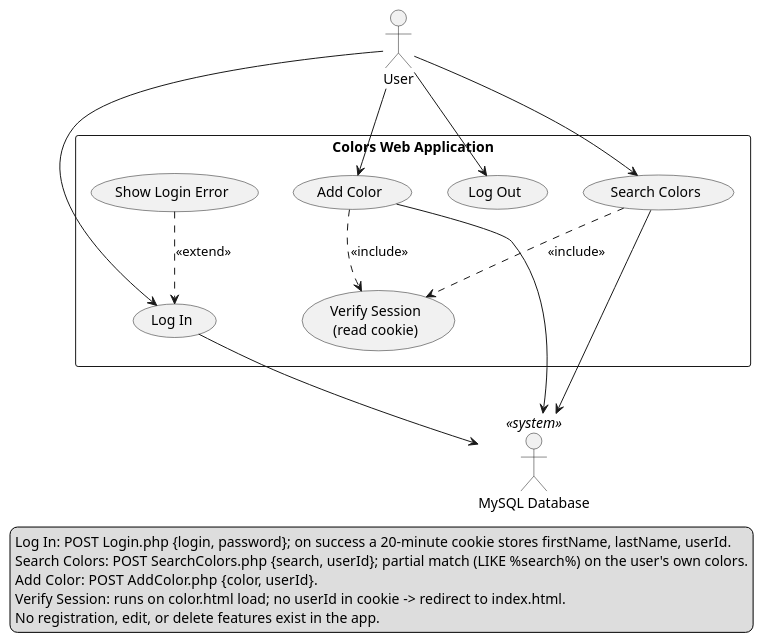
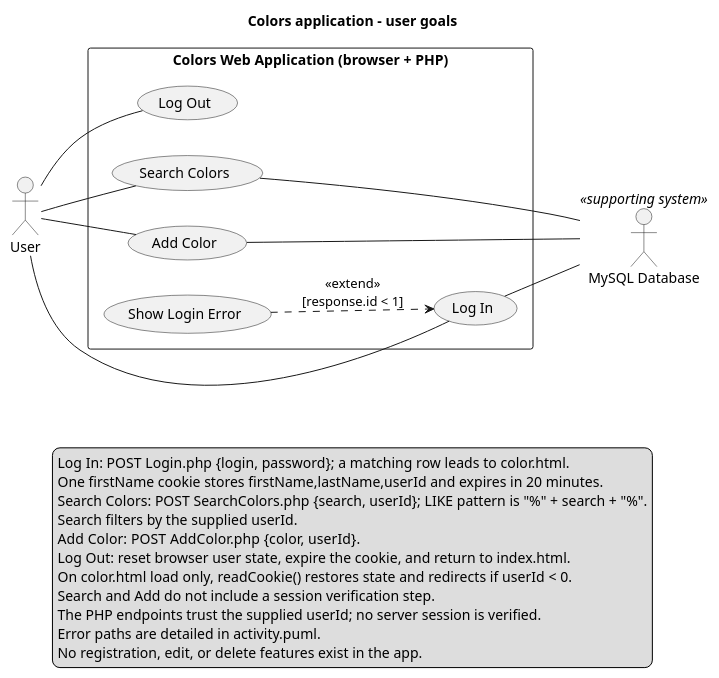
The diagram in docs/uml/usecase.puml (jbear05/colors-lab), drawn with PlantUML before and after one commit. The commit also changed 5 other files, not shown here.

First line of the commit message:
Refine UML diagrams to match implemented behavior

```diff
--- a/docs/uml/usecase.puml
+++ b/docs/uml/usecase.puml
@@ -1,37 +1,42 @@
 @startuml usecase
 ' Use Case Diagram - Colors web application (Labs 1-3)
 skinparam packageStyle rectangle
+title Colors application - user goals
+left to right direction
 
 actor User
-actor "MySQL Database" as DB <<system>>
+actor "MySQL Database" as DB <<supporting system>>
 
-rectangle "Colors Web Application" {
+rectangle "Colors Web Application (browser + PHP)" {
   usecase "Log In" as UC_Login
   usecase "Search Colors" as UC_Search
   usecase "Add Color" as UC_Add
   usecase "Log Out" as UC_Logout
-  usecase "Verify Session\n(read cookie)" as UC_Session
   usecase "Show Login Error" as UC_LoginErr
 }
 
-User --> UC_Login
-User --> UC_Search
-User --> UC_Add
-User --> UC_Logout
+User -- UC_Login
+User -- UC_Search
+User -- UC_Add
+User -- UC_Logout
 
-UC_Search ..> UC_Session : <<include>>
-UC_Add ..> UC_Session : <<include>>
-UC_LoginErr ..> UC_Login : <<extend>>
+UC_LoginErr ..> UC_Login : <<extend>>\n[response.id < 1]
 
-UC_Login --> DB
-UC_Search --> DB
-UC_Add --> DB
+UC_Login -- DB
+UC_Search -- DB
+UC_Add -- DB
 
 legend bottom
-  Log In: POST Login.php {login, password}; on success a 20-minute cookie stores firstName, lastName, userId.
-  Search Colors: POST SearchColors.php {search, userId}; partial match (LIKE %search%) on the user's own colors.
+  Log In: POST Login.php {login, password}; a matching row leads to color.html.
+  One firstName cookie stores firstName,lastName,userId and expires in 20 minutes.
+  Search Colors: POST SearchColors.php {search, userId}; LIKE pattern is "%" + search + "%".
+  Search filters by the supplied userId.
   Add Color: POST AddColor.php {color, userId}.
-  Verify Session: runs on color.html load; no userId in cookie -> redirect to index.html.
+  Log Out: reset browser user state, expire the cookie, and return to index.html.
+  On color.html load only, readCookie() restores state and redirects if userId < 0.
+  Search and Add do not include a session verification step.
+  The PHP endpoints trust the supplied userId; no server session is verified.
+  Error paths are detailed in activity.puml.
   No registration, edit, or delete features exist in the app.
 end legend
 @enduml
```
